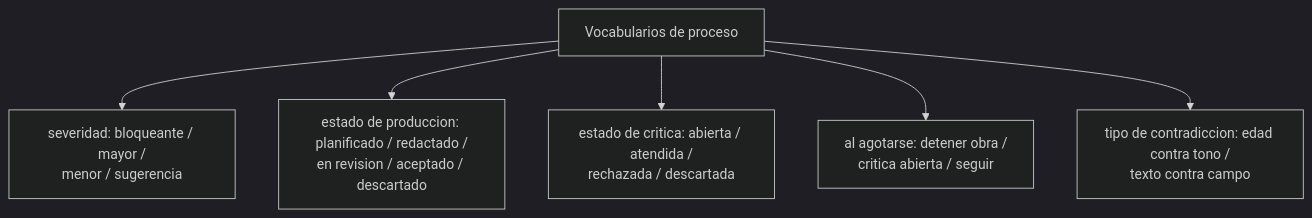
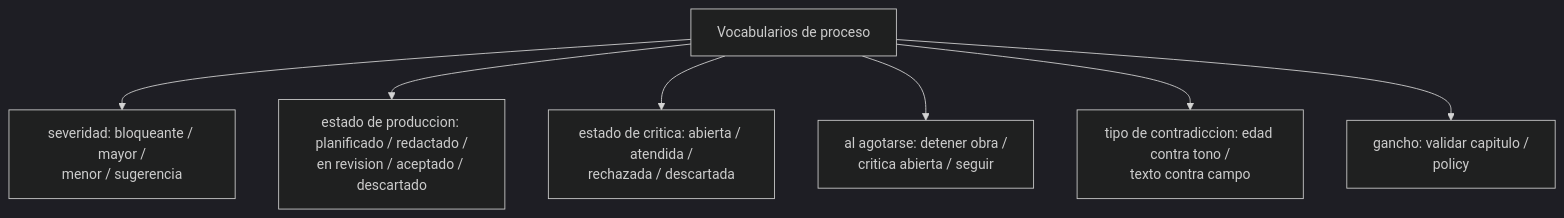
The fifth of 10 diagrams in docs/architecture.md (alvarofernandezqaracter/my-story-maker), drawn with Mermaid (dark theme) before and after one commit. The commit also changed other lines of this file and 3 other files, not shown here.

Commit message:
docs: los dos hooks en architecture, validators y los registros

````diff
--- a/docs/architecture.md
+++ b/docs/architecture.md
@@ -211,8 +213,9 @@
 ```mermaid
 flowchart TD
   PROC[Vocabularios de proceso] --> SEV[severidad: bloqueante / mayor /<br/>menor / sugerencia]
   PROC --> EST[estado de produccion: planificado / redactado /<br/>en revision / aceptado / descartado]
   PROC --> CRI[estado de critica: abierta / atendida /<br/>rechazada / descartada]
   PROC --> AGO[al agotarse: detener obra /<br/>critica abierta / seguir]
   PROC --> CON[tipo de contradiccion: edad contra tono /<br/>texto contra campo]
+  PROC --> GAN[gancho: validar capitulo /<br/>policy]
 ```
````
